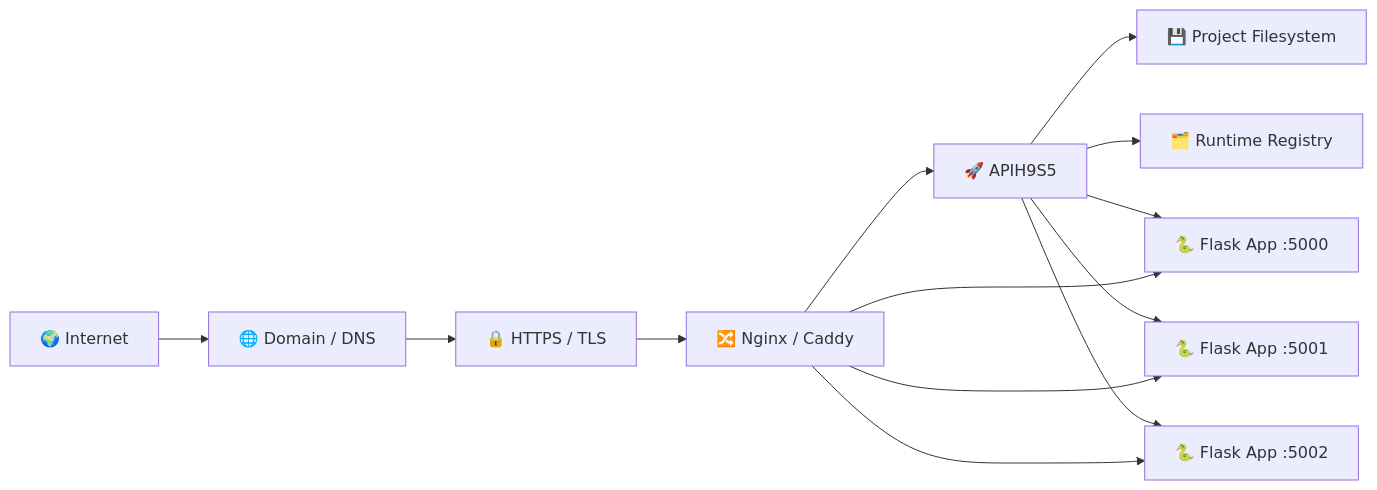
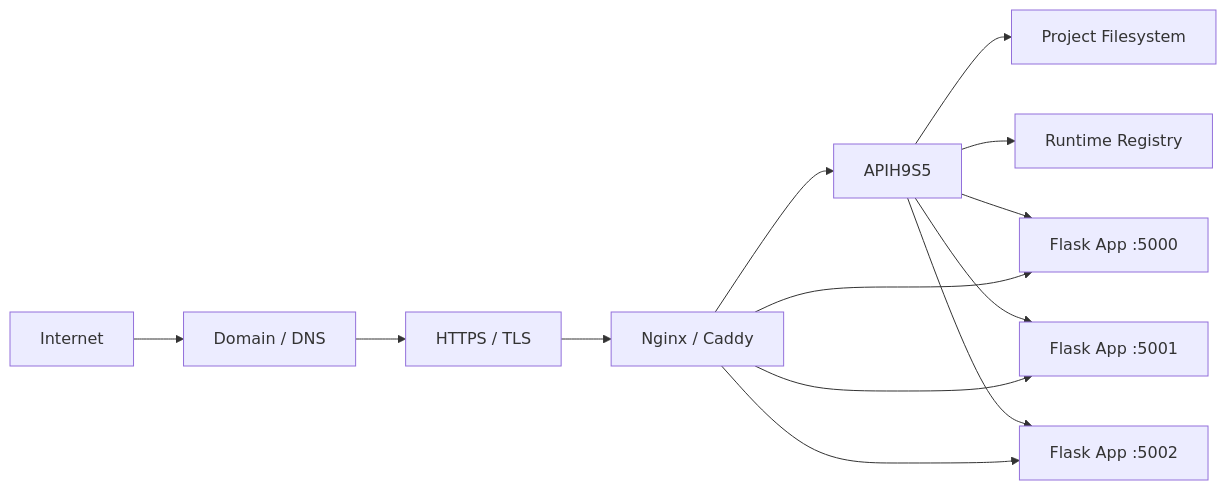
One commit to exu-coder-9x/Flask-API-4x changed the fourth of 5 diagrams in README.md. Above: the diagram before and after it, drawn with Mermaid. The commit also changed other lines of this file, not shown here.

````diff
--- a/README.md
+++ b/README.md
@@ -419,26 +423,26 @@
 ```mermaid
 flowchart LR
-    INTERNET["🌍 Internet"]
-    DNS["🌐 Domain / DNS"]
-    TLS["🔒 HTTPS / TLS"]
-    EDGE["🔀 Nginx / Caddy"]
-    API["🚀 APIH9S5"]
-    STORAGE["💾 Project Filesystem"]
-    REGISTRY["🗂️ Runtime Registry"]
-    APP1["🐍 Flask App :5000"]
-    APP2["🐍 Flask App :5001"]
-    APP3["🐍 Flask App :5002"]
+    INTERNET["Internet"]
+    DNS["Domain / DNS"]
+    TLS["HTTPS / TLS"]
+    EDGE["Nginx / Caddy"]
+    API["APIH9S5"]
+    STORAGE["Project Filesystem"]
+    REGISTRY["Runtime Registry"]
+    APP1["Flask App :5000"]
+    APP2["Flask App :5001"]
+    APP3["Flask App :5002"]
 
     INTERNET --> DNS
     DNS --> TLS
     TLS --> EDGE
     EDGE --> API
     API --> STORAGE
     API --> REGISTRY
     API --> APP1
     API --> APP2
     API --> APP3
     EDGE --> APP1
     EDGE --> APP2
     EDGE --> APP3
 ```
````
